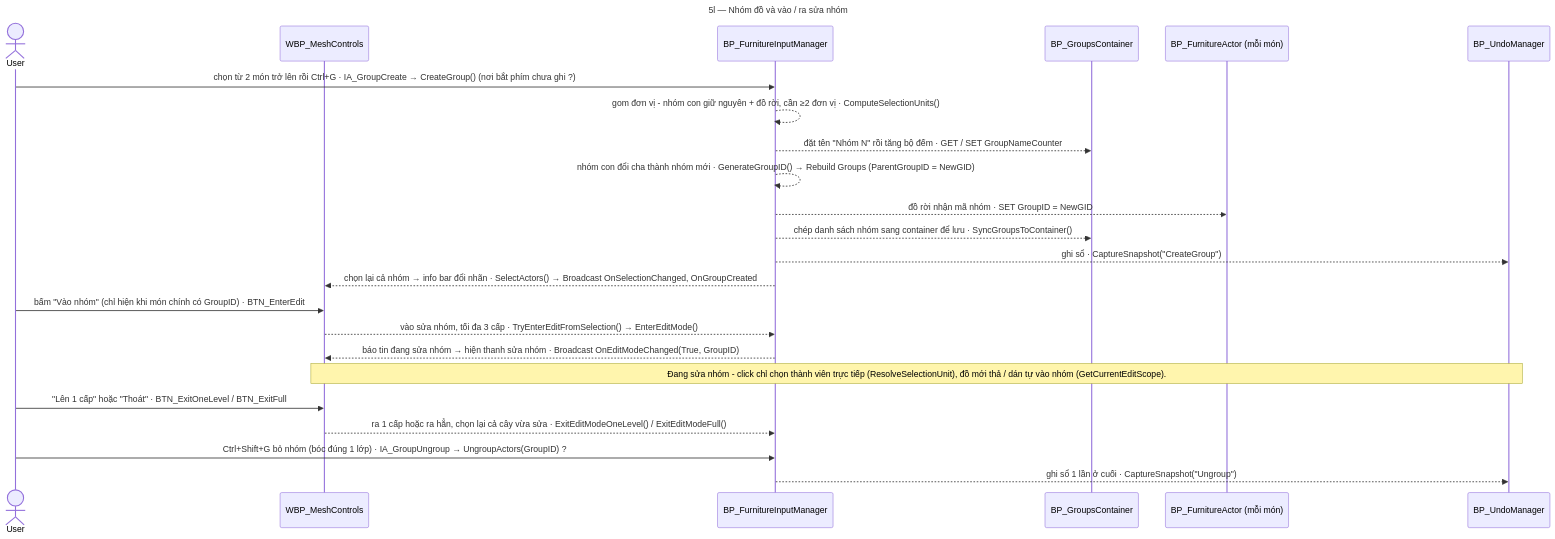
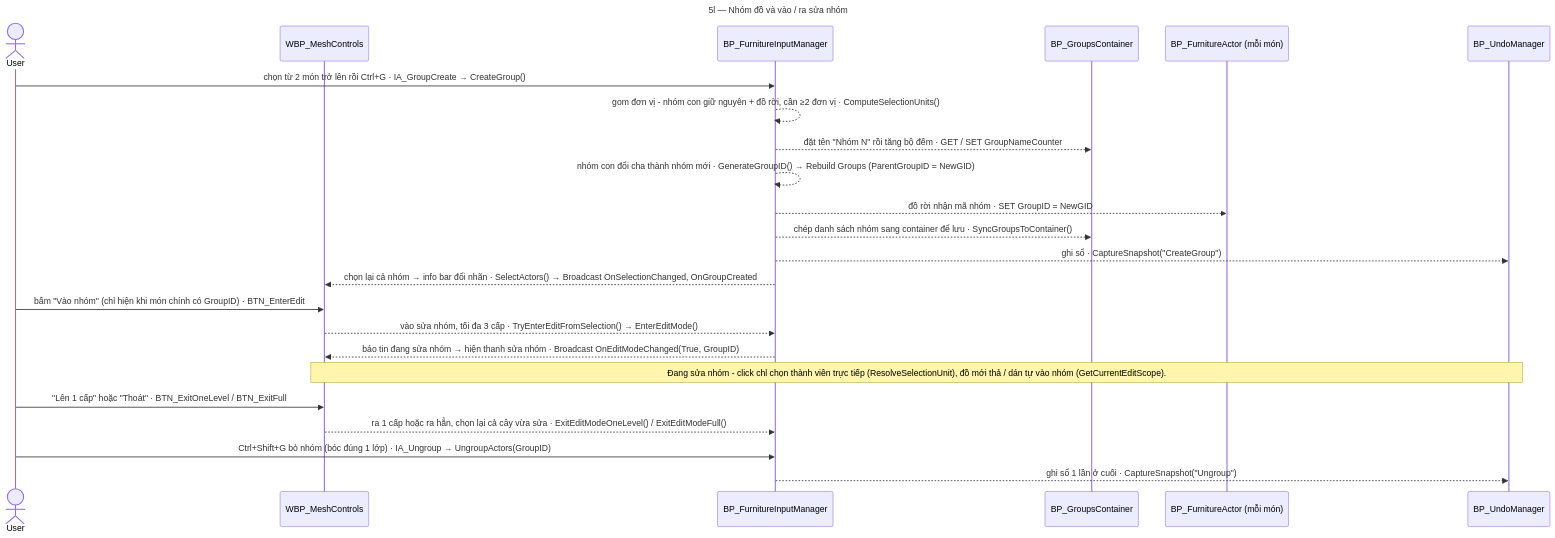
Diagram 18 of 26 in docs/00_Core/Architecture_Map.md (olivercu04/UE5_InteriorTool_Docs), drawn with Mermaid before and after one commit. The commit also changed other lines of this file and 37 other files, not shown here.

````diff
--- a/docs/00_Core/Architecture_Map.md
+++ b/docs/00_Core/Architecture_Map.md
@@ -1255,28 +1279,28 @@
 ```mermaid
 ---
 title: "5l — Nhóm đồ và vào / ra sửa nhóm"
 ---
 sequenceDiagram
   actor U as User
   participant MC as WBP_MeshControls
   participant IM as BP_FurnitureInputManager
   participant GRP as BP_GroupsContainer
   participant FA as BP_FurnitureActor (mỗi món)
   participant UM as BP_UndoManager
-  U->>IM: chọn từ 2 món trở lên rồi Ctrl+G · IA_GroupCreate → CreateGroup() (nơi bắt phím chưa ghi ?)
+  U->>IM: chọn từ 2 món trở lên rồi Ctrl+G · IA_GroupCreate → CreateGroup()
   IM-->>IM: gom đơn vị - nhóm con giữ nguyên + đồ rời, cần ≥2 đơn vị · ComputeSelectionUnits()
   IM-->>GRP: đặt tên "Nhóm N" rồi tăng bộ đếm · GET / SET GroupNameCounter
   IM-->>IM: nhóm con đổi cha thành nhóm mới · GenerateGroupID() → Rebuild Groups (ParentGroupID = NewGID)
   IM-->>FA: đồ rời nhận mã nhóm · SET GroupID = NewGID
   IM-->>GRP: chép danh sách nhóm sang container để lưu · SyncGroupsToContainer()
   IM-->>UM: ghi sổ · CaptureSnapshot("CreateGroup")
   IM-->>MC: chọn lại cả nhóm → info bar đổi nhãn · SelectActors() → Broadcast OnSelectionChanged, OnGroupCreated
   U->>MC: bấm "Vào nhóm" (chỉ hiện khi món chính có GroupID) · BTN_EnterEdit
   MC-->>IM: vào sửa nhóm, tối đa 3 cấp · TryEnterEditFromSelection() → EnterEditMode()
   IM-->>MC: báo tin đang sửa nhóm → hiện thanh sửa nhóm · Broadcast OnEditModeChanged(True, GroupID)
   Note over MC,UM: Đang sửa nhóm - click chỉ chọn thành viên trực tiếp (ResolveSelectionUnit), đồ mới thả / dán tự vào nhóm (GetCurrentEditScope).
   U->>MC: "Lên 1 cấp" hoặc "Thoát" · BTN_ExitOneLevel / BTN_ExitFull
   MC-->>IM: ra 1 cấp hoặc ra hẳn, chọn lại cả cây vừa sửa · ExitEditModeOneLevel() / ExitEditModeFull()
-  U->>IM: Ctrl+Shift+G bỏ nhóm (bóc đúng 1 lớp) · IA_GroupUngroup → UngroupActors(GroupID) ?
+  U->>IM: Ctrl+Shift+G bỏ nhóm (bóc đúng 1 lớp) · IA_Ungroup → UngroupActors(GroupID)
   IM-->>UM: ghi sổ 1 lần ở cuối · CaptureSnapshot("Ungroup")
 ```
````
